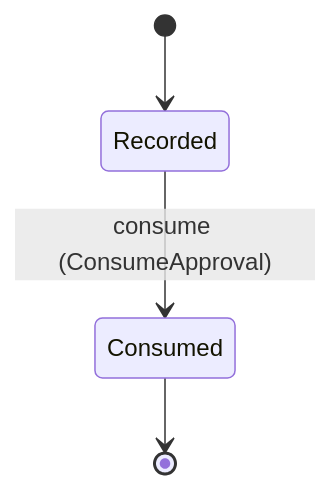
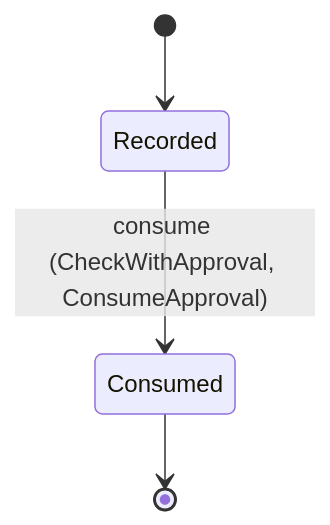
One commit to beyond10x/mandate changed the third of 5 diagrams in generated/docs/domains/mandate-delegation.md. Above: the diagram before and after it, drawn with Mermaid. The commit also changed other lines of this file and 357 other files, not shown here.

First line of the commit message:
Specify wave 8: approval check, workload authentication, execution binding

````diff
--- a/generated/docs/domains/mandate-delegation.md
+++ b/generated/docs/domains/mandate-delegation.md
@@ -120,6 +120,6 @@
 ```mermaid
 stateDiagram-v2
     [*] --> Recorded
-    Recorded --> Consumed: consume (ConsumeApproval)
+    Recorded --> Consumed: consume (CheckWithApproval, ConsumeApproval)
     Consumed --> [*]
 ```
````
